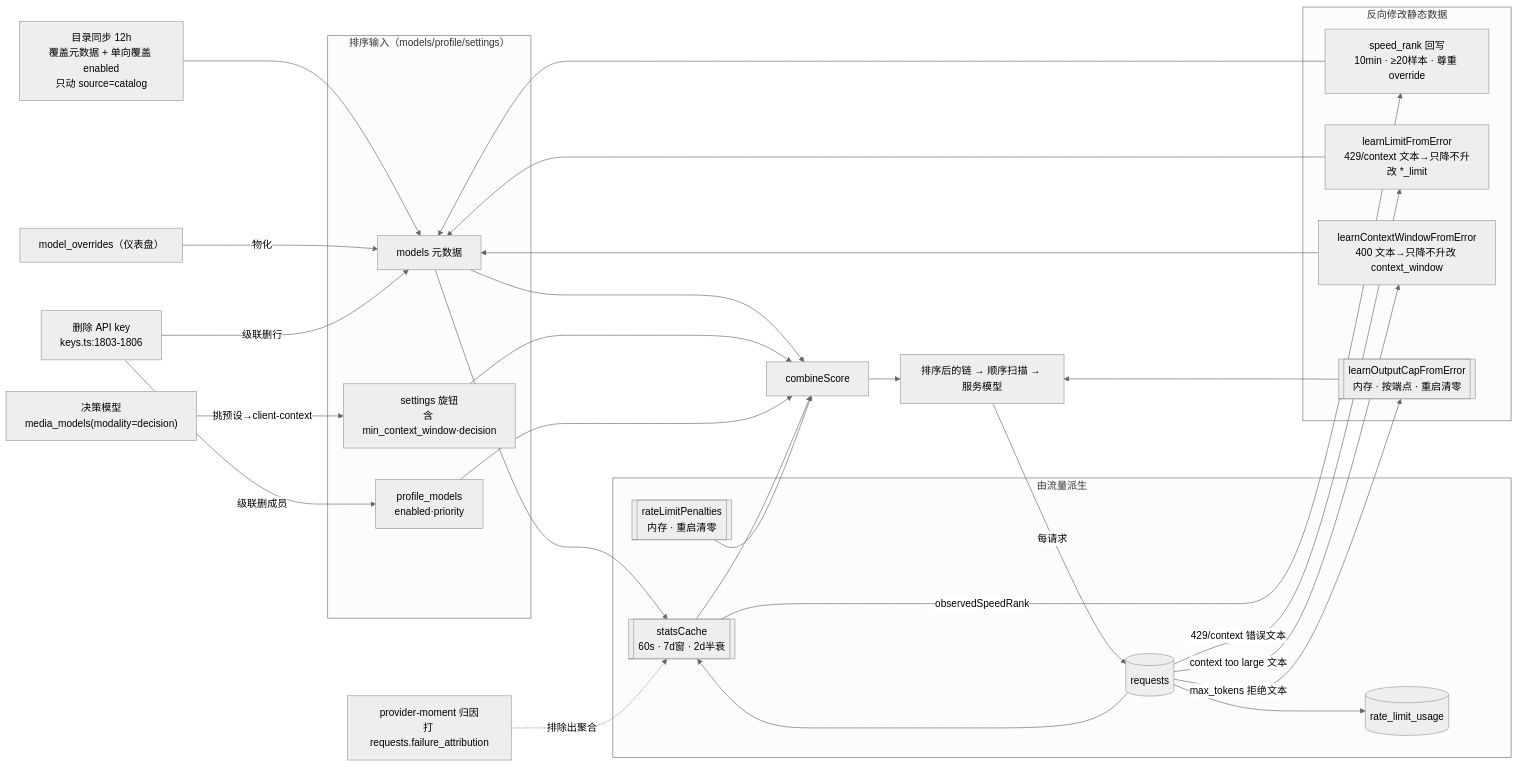
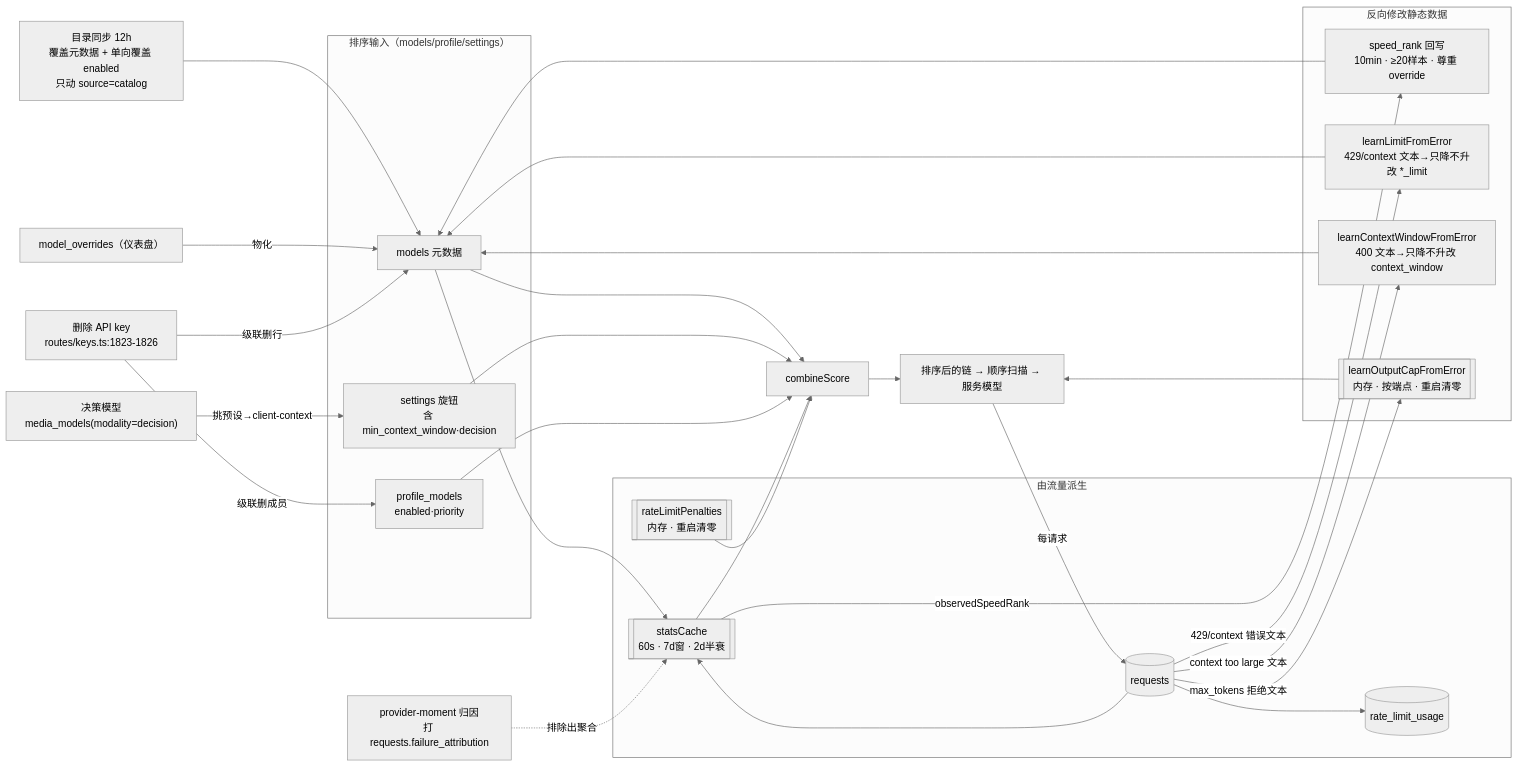
The third of 3 diagrams in docs/adrian/topics/model调度算法.md (adrian9778/freellmapi), drawn with Mermaid (neutral theme) before and after one commit. The commit also changed other lines of this file and 12 other files, not shown here.

````diff
--- a/docs/adrian/topics/model调度算法.md
+++ b/docs/adrian/topics/model调度算法.md
@@ -738,43 +738,43 @@
 ```mermaid
 flowchart LR
     subgraph 输入["排序输入（models/profile/settings）"]
         M[models 元数据]
         P[profile_models<br/>enabled·priority]
         S["settings 旋钮<br/>含 min_context_window·decision"]
     end
     subgraph 观测["由流量派生"]
         R[(requests)]
         SC[["statsCache<br/>60s · 7d窗 · 2d半衰"]]
         PEN[["rateLimitPenalties<br/>内存 · 重启清零"]]
         RL[(rate_limit_usage)]
     end
     subgraph 写回["反向修改静态数据"]
         SR["speed_rank 回写<br/>10min · ≥20样本 · 尊重 override"]
         LL["learnLimitFromError<br/>429/context 文本→只降不升改 *_limit"]
         CW["learnContextWindowFromError<br/>400 文本→只降不升改 context_window"]
         OC[["learnOutputCapFromError<br/>内存 · 按端点 · 重启清零"]]
     end
-    DK["删除 API key<br/>keys.ts:1803-1806"]
+    DK["删除 API key<br/>routes/keys.ts:1823-1826"]
     PMA["provider-moment 归因<br/>打 requests.failure_attribution"]
     DR["决策模型<br/>media_models(modality=decision)"]
     CS["目录同步 12h<br/>覆盖元数据 + 单向覆盖 enabled<br/>只动 source=catalog"] --> M
     UMO["model_overrides（仪表盘）"] -->|物化| M
     DR -->|挑预设→client-context| S
     M --> SC
     R --> SC
     R --> RL
     PMA -.->|排除出聚合| SC
     SC --> SCORE[combineScore]
     PEN --> SCORE
     M --> SCORE
     S --> SCORE
     P --> SCORE
     SC -->|observedSpeedRank| SR --> M
     R -->|"429/context 错误文本"| LL --> M
     R -->|"context too large 文本"| CW --> M
     R -->|"max_tokens 拒绝文本"| OC --> OUT
     DK -->|级联删行| M
     DK -->|级联删成员| P
     SCORE --> OUT["排序后的链 → 顺序扫描 → 服务模型"]
     OUT -->|每请求| R
 ```
````
